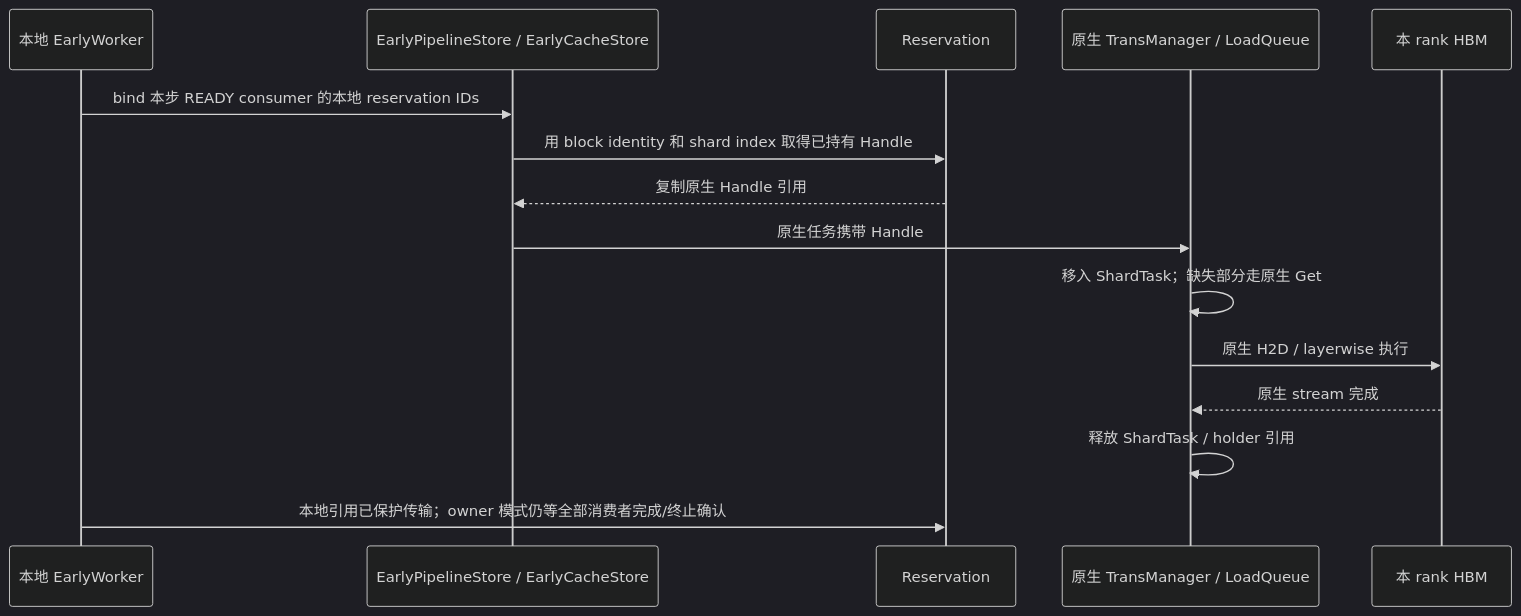
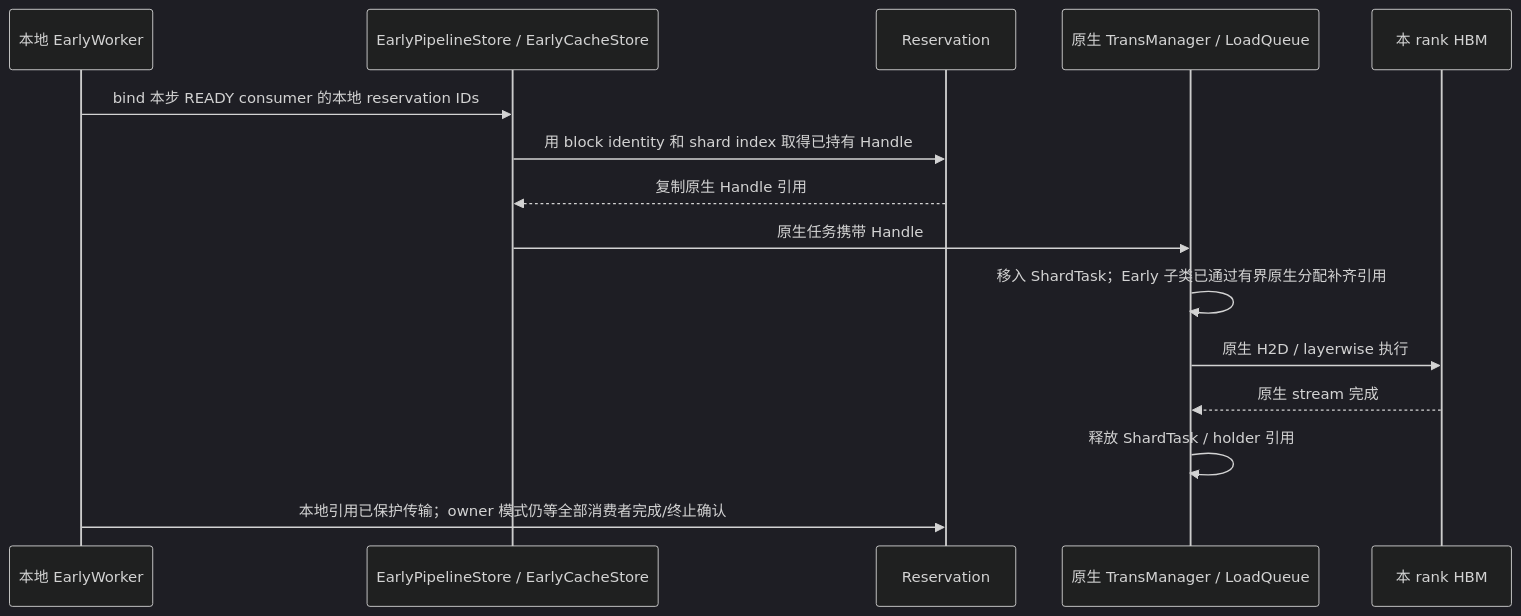
One commit to StorTecDev/ucm-prefetch changed the second of 3 diagrams in docs/EARLY_PREFETCH_DESIGN.md. Above: the diagram before and after it, drawn with Mermaid (dark theme). The commit also changed other lines of this file and 9 other files, not shown here.

````diff
--- a/docs/EARLY_PREFETCH_DESIGN.md
+++ b/docs/EARLY_PREFETCH_DESIGN.md
@@ -177,17 +177,17 @@
 ```mermaid
 sequenceDiagram
     participant W as 本地 EarlyWorker
     participant E as EarlyPipelineStore / EarlyCacheStore
     participant R as Reservation
     participant Q as 原生 TransManager / LoadQueue
     participant H as 本 rank HBM
     W->>E: bind 本步 READY consumer 的本地 reservation IDs
     E->>R: 用 block identity 和 shard index 取得已持有 Handle
     R-->>E: 复制原生 Handle 引用
     E->>Q: 原生任务携带 Handle
-    Q->>Q: 移入 ShardTask；缺失部分走原生 Get
+    Q->>Q: 移入 ShardTask；Early 子类已通过有界原生分配补齐引用
     Q->>H: 原生 H2D / layerwise 执行
     H-->>Q: 原生 stream 完成
     Q->>Q: 释放 ShardTask / holder 引用
     W->>R: 本地引用已保护传输；owner 模式仍等全部消费者完成/终止确认
 ```
````
